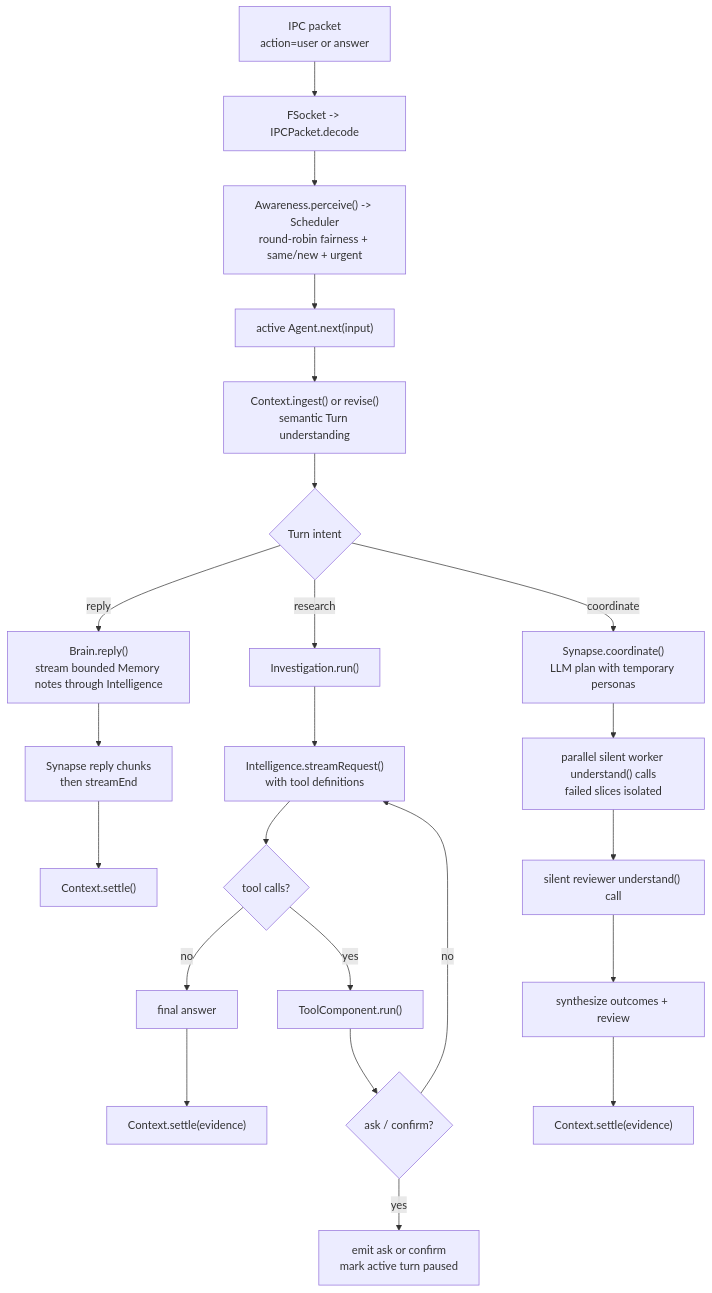
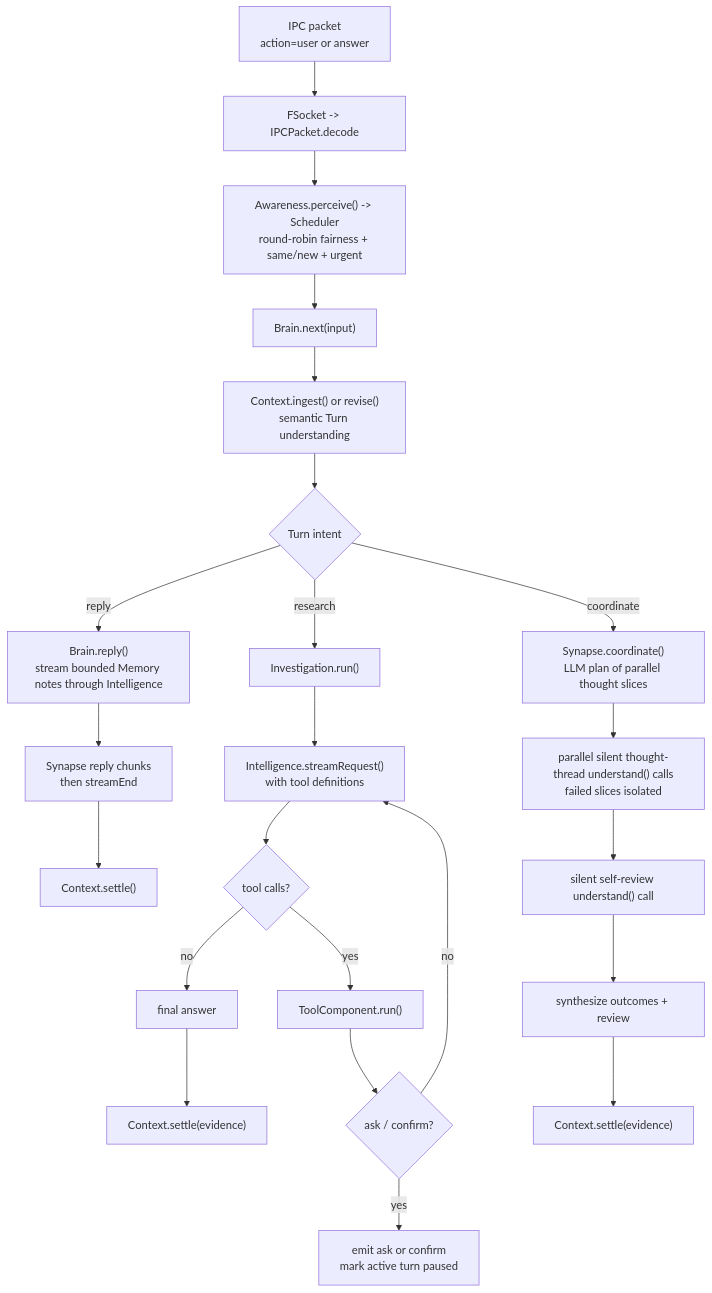
Before and after one commit to flyflor/flyflor: the third of 3 diagrams in README.md, drawn with Mermaid. The commit also changed other lines of this file and 73 other files, not shown here.

````diff
--- a/README.md
+++ b/README.md
@@ -76,28 +75,28 @@
 ```mermaid
 flowchart TD
     User["IPC packet<br/>action=user or answer"] --> Decode["FSocket -> IPCPacket.decode"]
     Decode --> Gate["Awareness.perceive() -> Scheduler<br/>round-robin fairness + same/new + urgent"]
-    Gate --> AgentNext["active Agent.next(input)"]
+    Gate --> AgentNext["Brain.next(input)"]
     AgentNext --> Ingest["Context.ingest() or revise()<br/>semantic Turn understanding"]
 
     Ingest --> Choice{"Turn intent"}
     Choice -- reply --> Reply["Brain.reply()<br/>stream bounded Memory notes through Intelligence"]
     Reply --> ReplyOut["Synapse reply chunks<br/>then streamEnd"]
     ReplyOut --> Settle1["Context.settle()"]
 
     Choice -- research --> Research["Investigation.run()"]
     Research --> LlmTools["Intelligence.streamRequest()<br/>with tool definitions"]
     LlmTools --> HasAction{"tool calls?"}
     HasAction -- no --> FinalAnswer["final answer"]
     HasAction -- yes --> RunTool["ToolComponent.run()"]
     RunTool --> Pause{"ask / confirm?"}
     Pause -- yes --> UserPause["emit ask or confirm<br/>mark active turn paused"]
     Pause -- no --> LlmTools
     FinalAnswer --> Settle2["Context.settle(evidence)"]
 
-    Choice -- coordinate --> Coordinate["Synapse.coordinate()<br/>LLM plan with temporary personas"]
-    Coordinate --> Workers["parallel silent worker understand() calls<br/>failed slices isolated"]
-    Workers --> Review["silent reviewer understand() call"]
+    Choice -- coordinate --> Coordinate["Synapse.coordinate()<br/>LLM plan of parallel thought slices"]
+    Coordinate --> Workers["parallel silent thought-thread understand() calls<br/>failed slices isolated"]
+    Workers --> Review["silent self-review understand() call"]
     Review --> Synthesis["synthesize outcomes + review"]
     Synthesis --> Settle4["Context.settle(evidence)"]
 ```
````
